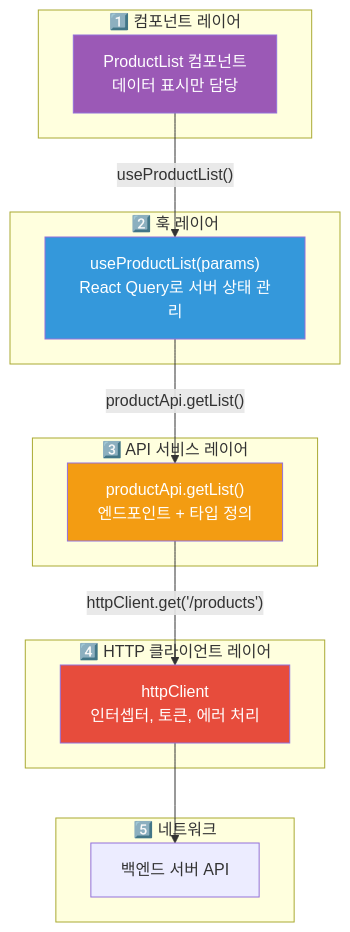
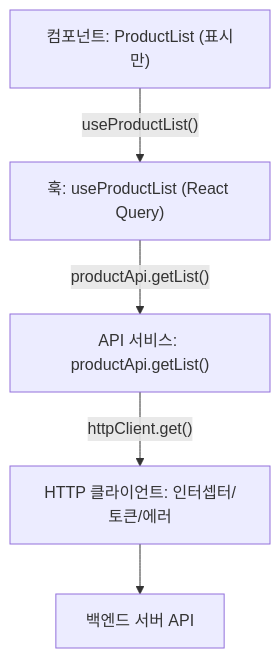
Before and after one commit to yjkim2015/yjkim2015.github.io: the fourth of 8 diagrams in _posts/frontend/2026-05-01-frontend-architecture.md, drawn with Mermaid. The commit also changed other lines of this file and 215 other files, not shown here.

First line of the commit message:
신규 포스트 10개 추가 + Mermaid 전면 축소 + SystemDesign 시리즈 보강

````diff
--- a/_posts/frontend/2026-05-01-frontend-architecture.md
+++ b/_posts/frontend/2026-05-01-frontend-architecture.md
@@ -285,32 +208,12 @@
 ```mermaid
 flowchart TD
-    subgraph "1️⃣ 컴포넌트 레이어"
-        C["ProductList 컴포넌트\n데이터 표시만 담당"]
-    end
-
-    subgraph "2️⃣ 훅 레이어"
-        H["useProductList(params)\nReact Query로 서버 상태 관리"]
-    end
-
-    subgraph "3️⃣ API 서비스 레이어"
-        S["productApi.getList()\n엔드포인트 + 타입 정의"]
-    end
-
-    subgraph "4️⃣ HTTP 클라이언트 레이어"
-        CL["httpClient\n인터셉터, 토큰, 에러 처리"]
-    end
-
-    subgraph "5️⃣ 네트워크"
-        NET["백엔드 서버 API"]
-    end
-
-    C -->|"useProductList()" | H
+    C["컴포넌트: ProductList (표시만)"]
+    H["훅: useProductList (React Query)"]
+    S["API 서비스: productApi.getList()"]
+    CL["HTTP 클라이언트: 인터셉터/토큰/에러"]
+    NET["백엔드 서버 API"]
+    C -->|"useProductList()"| H
     H -->|"productApi.getList()"| S
-    S -->|"httpClient.get('/products')"| CL
+    S -->|"httpClient.get()"| CL
     CL --> NET
-
-    style C fill:#9b59b6,color:#fff
-    style H fill:#3498db,color:#fff
-    style S fill:#f39c12,color:#fff
-    style CL fill:#e74c3c,color:#fff
 ```
````
